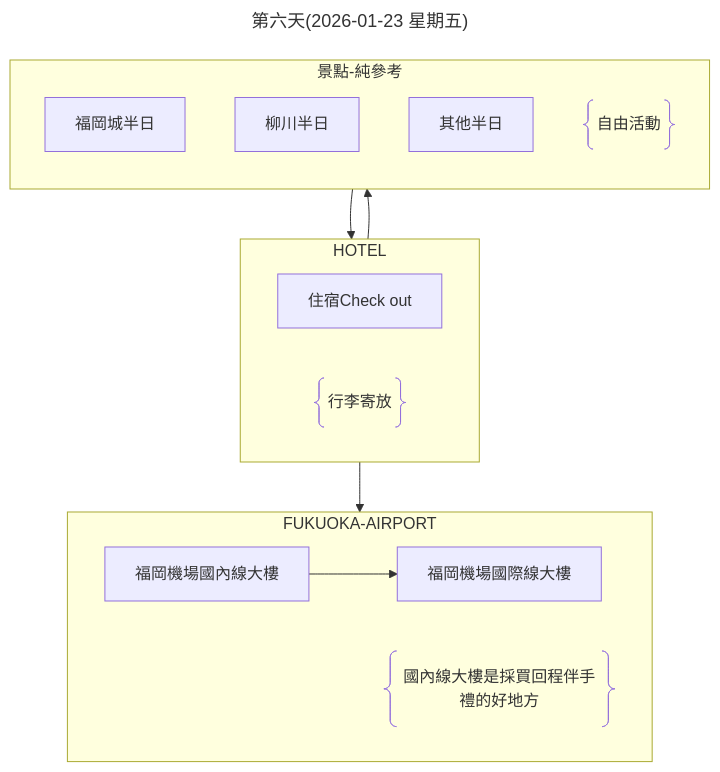
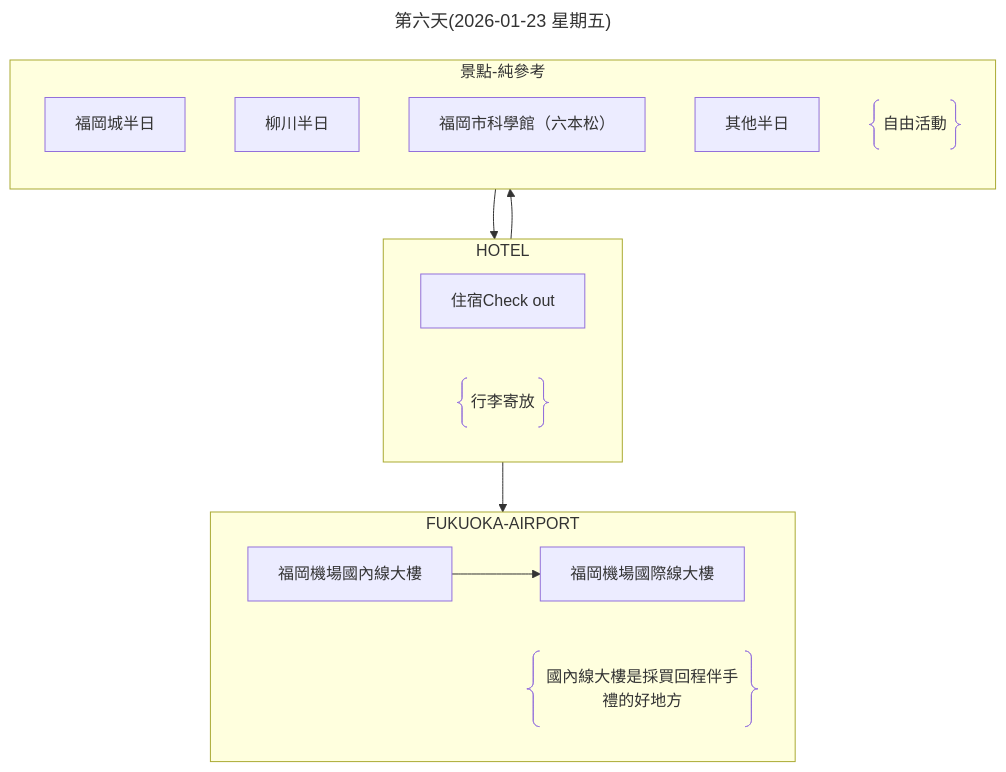
The sixth of 6 diagrams in 行程規劃A.md (Shuming-Yang/2026-January-Trip), drawn with Mermaid before and after one commit.

````diff
--- a/行程規劃A.md
+++ b/行程規劃A.md
@@ -269,27 +269,28 @@
 ```mermaid
 ---
 title: 第六天(2026-01-23 星期五)
 ---
 flowchart
     subgraph HOTEL
         A[住宿Check out]
         A1@{ shape: braces, label: "行李寄放"}
     end
     subgraph 景點-純參考
         direction TB
         B1[福岡城半日]
         B2[柳川半日]
-        B3[其他半日]
+        B3[福岡市科學館（六本松）]
+        B4[其他半日]
         BB@{ shape: braces, label: "自由活動"}
     end
     subgraph FUKUOKA-AIRPORT
         direction LR
         Z1[福岡機場國內線大樓]
         Z2[福岡機場國際線大樓]
         X@{ shape: braces, label: "國內線大樓是採買回程伴手禮的好地方" }
     end
     HOTEL --> 景點-純參考
     景點-純參考 -->  HOTEL
     HOTEL --> FUKUOKA-AIRPORT
     Z1 --> Z2
 ```
````
